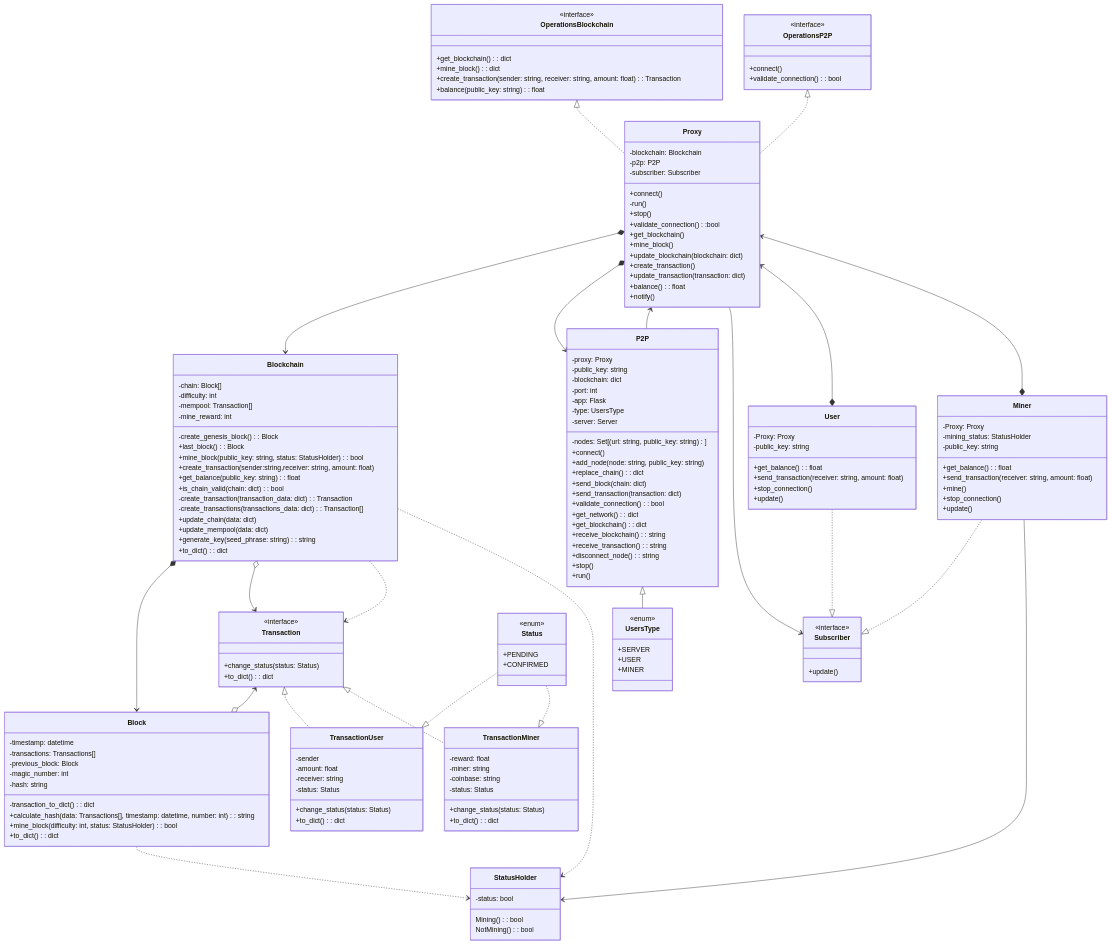
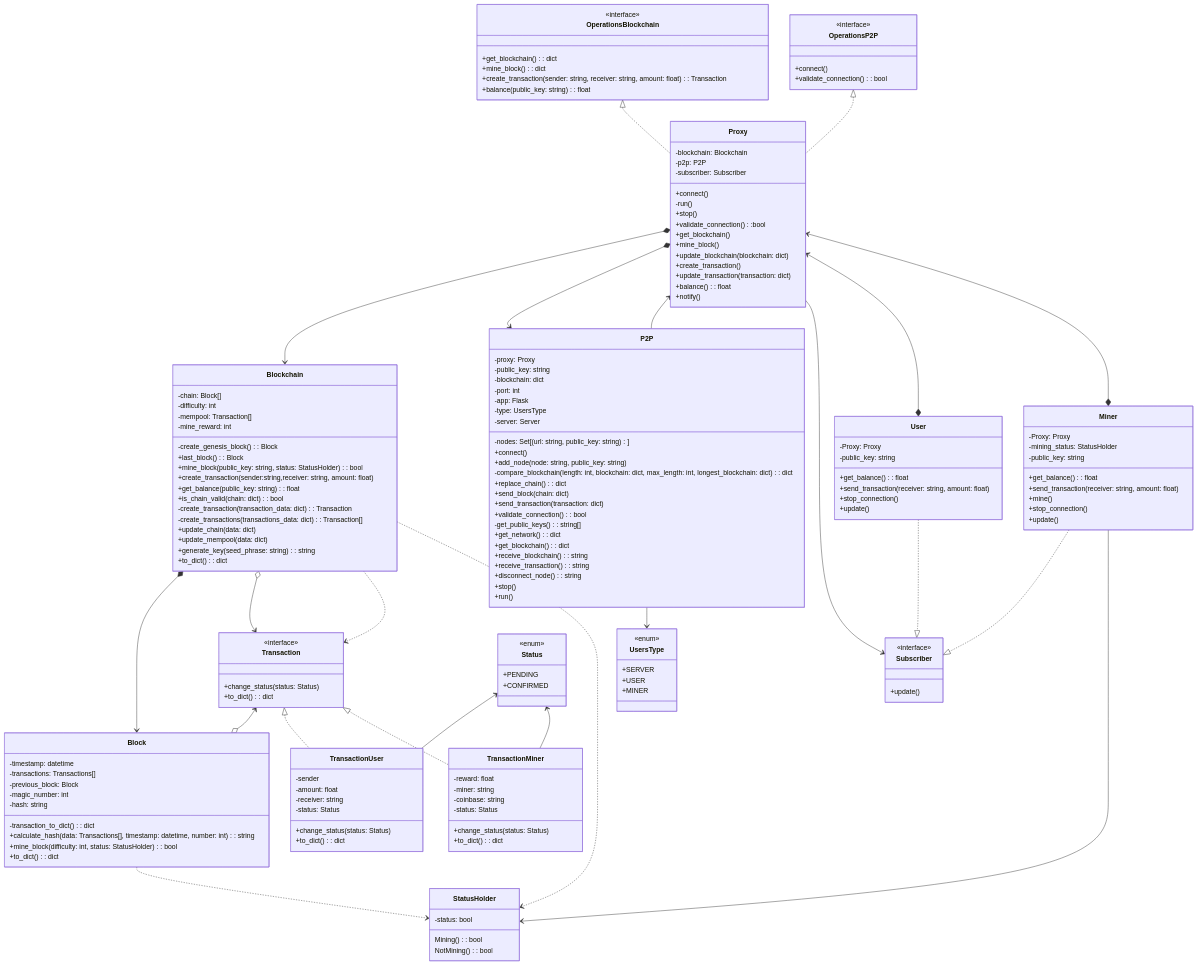
Before and after one commit to Salvador025/Crypto: the diagram in UML.md, drawn with Mermaid. The commit also changed 1 other file, not shown here.

Commit message:
update of UML and P2P with docstring

```diff
--- a/UML.md
+++ b/UML.md
@@ -16,13 +16,13 @@
     Proxy <-- P2P 
     OperationsP2P <|.. Proxy 
     Proxy --> Subscriber
-    Status ..|> TransactionUser 
-    Status ..|> TransactionMiner   
+    Status <-- TransactionUser 
+    Status <-- TransactionMiner   
     Miner ..|> Subscriber
     User ..|> Subscriber  
     Proxy <--* User
     Proxy <--* Miner
-    P2P <|-- UsersType
+    P2P --> UsersType
     Block ..> StatusHolder
     Blockchain ..> StatusHolder
     Miner --> StatusHolder
@@ -88,10 +88,12 @@
         -server: Server
         +connect()
         +add_node(node: string, public_key: string)
+        -compare_blockchain(length: int, blockchain: dict, max_length: int, longest_blockchain: dict): dict
         +replace_chain(): dict
         +send_block(chain: dict)
         +send_transaction(transaction: dict)
         +validate_connection(): bool
+        -get_public_keys(): string[]
         +get_network(): dict
         +get_blockchain(): dict
         +receive_blockchain(): string
```
